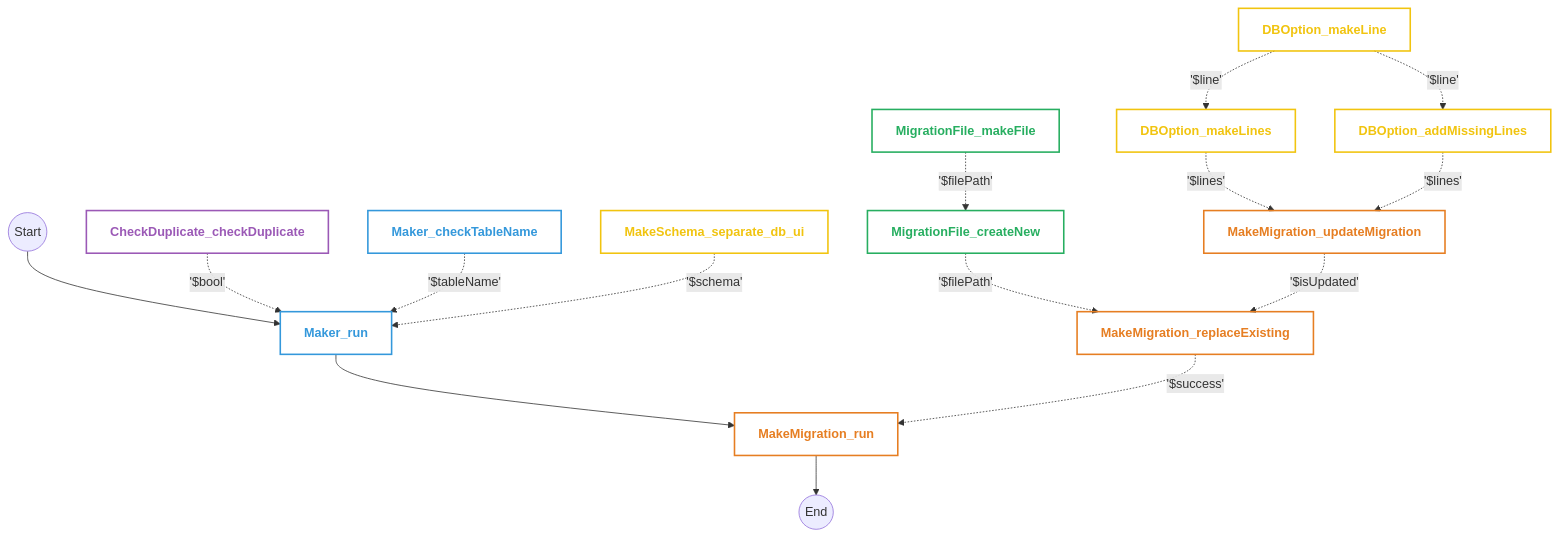
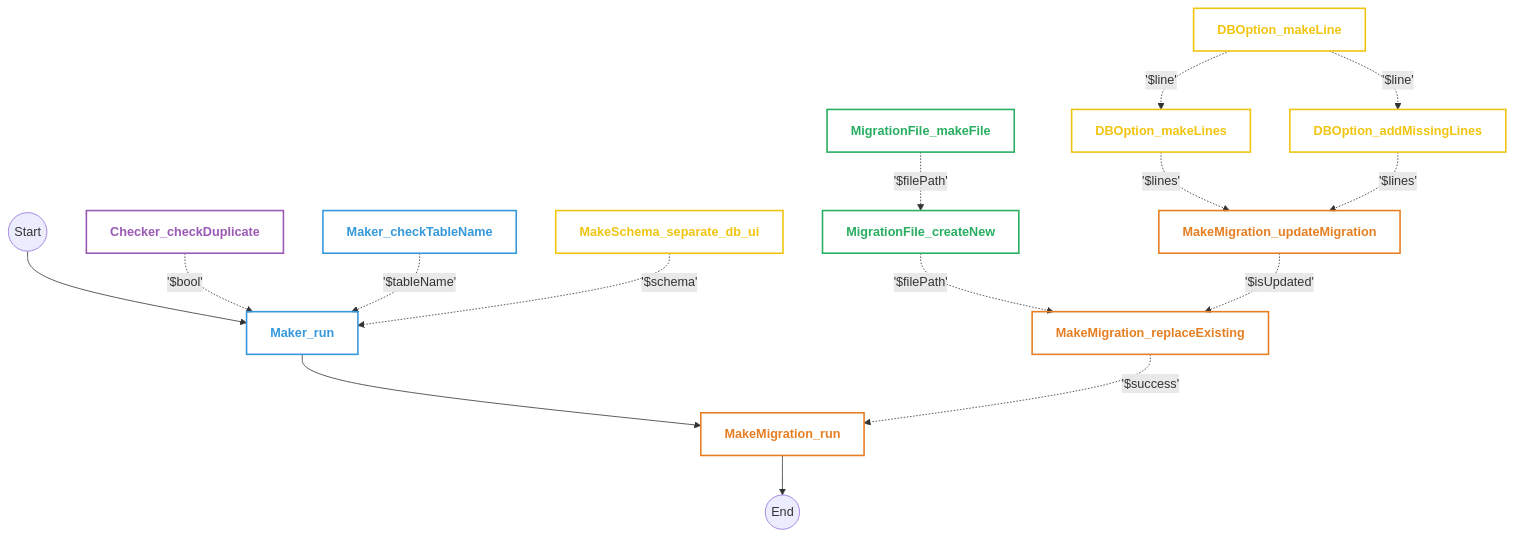
Before and after one commit to softwaretotest/learn_frontend: the diagram in docs/LARAVEL_M-BOT/Flow_PHP.md, drawn with Mermaid. The commit also changed 5 other files, not shown here.

Commit message:
add mermaid Flow_MSync.php

````diff
--- a/docs/LARAVEL_M-BOT/Flow_PHP.md
+++ b/docs/LARAVEL_M-BOT/Flow_PHP.md
@@ -3,51 +3,51 @@
 ```mermaid
 graph TD
     %% Define Styles
     classDef makerClass stroke:#3498db,stroke-width:2px,color:#3498db,font-weight:bold,fill:none;
     classDef makeMigClass stroke:#e67e22,stroke-width:2px,color:#e67e22,font-weight:bold,fill:none;
     classDef checkClass stroke:#9b59b6,stroke-width:2px,color:#9b59b6,font-weight:bold,fill:none;
     classDef fileClass stroke:#27ae60,stroke-width:2px,color:#27ae60,font-weight:bold,fill:none;
     classDef schemaClass stroke:#f1c40f,stroke-width:2px,color:#f1c40f,font-weight:bold,fill:none;
 
     %% Nodes
     Maker_Run[Maker_run]:::makerClass
     Maker_Check[Maker_checkTableName]:::makerClass
-    Checker_Run[CheckDuplicate_checkDuplicate]:::checkClass
+    Checker_Run[Checker_checkDuplicate]:::checkClass
     MakeSchema_Sep[MakeSchema_separate_db_ui]:::schemaClass
 
     MakeMig_Run[MakeMigration_run]:::makeMigClass
     MakeMig_Replace[MakeMigration_replaceExisting]:::makeMigClass
     MakeMig_Update[MakeMigration_updateMigration]:::makeMigClass
 
     DBOpt_MakeLines[DBOption_makeLines]:::schemaClass
     DBOpt_MakeLine[DBOption_makeLine]:::schemaClass
     DBOpt_AddMissing[DBOption_addMissingLines]:::schemaClass
 
     MigFile_Create[MigrationFile_createNew]:::fileClass
     MigFile_Make[MigrationFile_makeFile]:::fileClass
 
     %% Main Start
     Start((Start)) --> Maker_Run
 
 Maker_Run --> MakeMig_Run
 
     %% Return Data Flow
     Checker_Run -.->|'$bool'| Maker_Run
     Maker_Check -.->|'$tableName'| Maker_Run
     MakeSchema_Sep -.->|'$schema'| Maker_Run
 
     MigFile_Make -.->|'$filePath'| MigFile_Create
     MigFile_Create -.->|'$filePath'| MakeMig_Replace
 
     DBOpt_MakeLine -.->|'$line'| DBOpt_MakeLines
     DBOpt_MakeLine -.->|'$line'| DBOpt_AddMissing
 
     DBOpt_MakeLines -.->|'$lines'| MakeMig_Update
     DBOpt_AddMissing -.->|'$lines'| MakeMig_Update
     MakeMig_Update -.->|'$isUpdated'| MakeMig_Replace
 
     MakeMig_Replace -.->|'$success'| MakeMig_Run
 
     %% Final End
     MakeMig_Run --> End((End))
 ```
````
